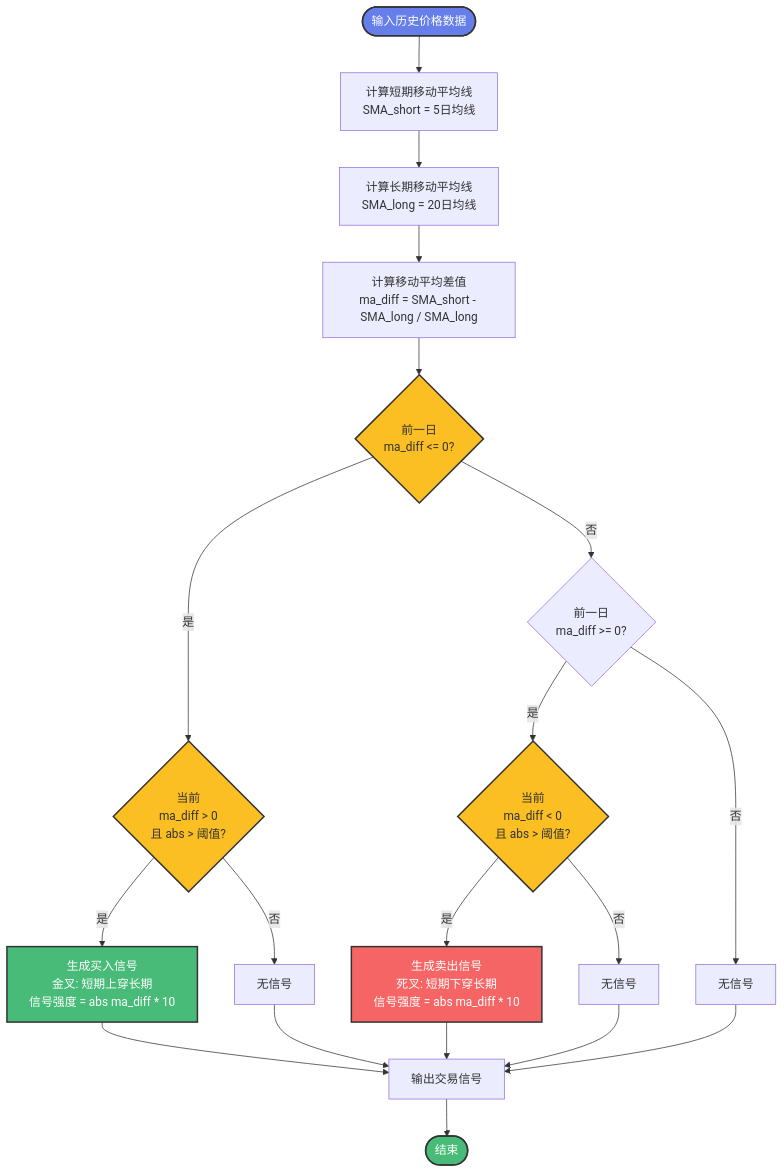
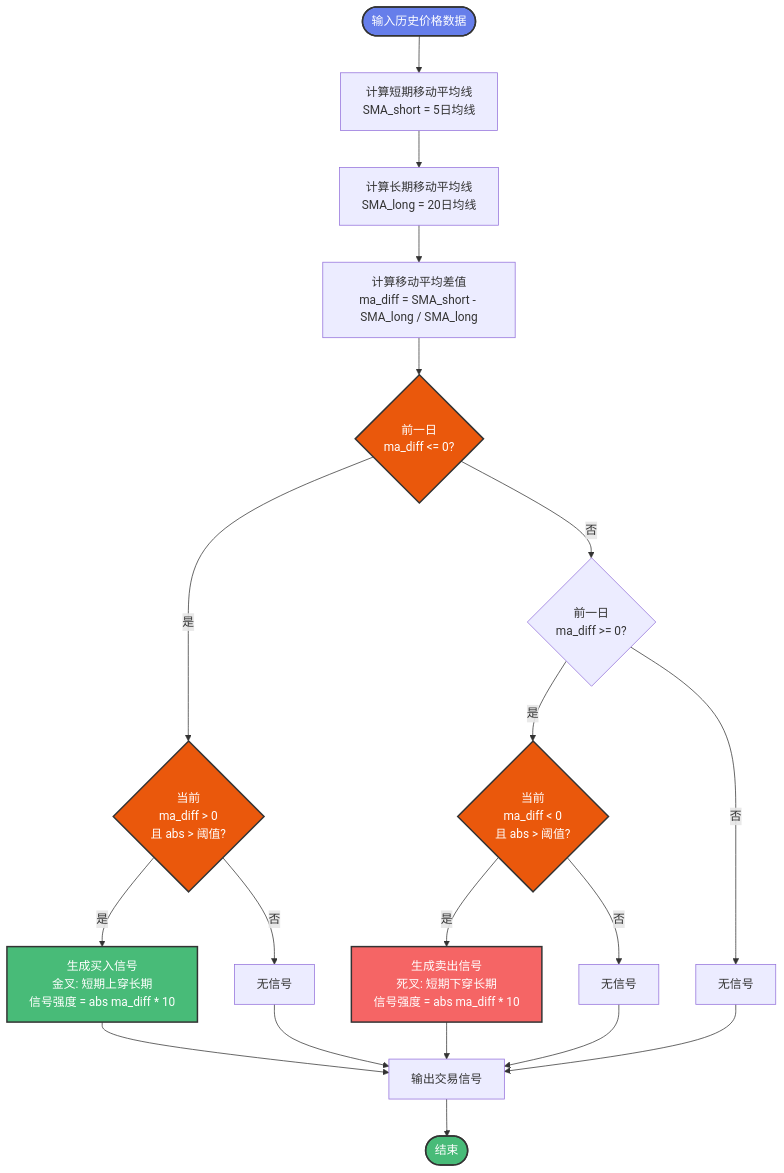
One commit to willrone/stock-platform changed the fourth of 19 diagrams in docs/presentation/回测平台流程图_Mermaid.md. Above: the diagram before and after it, drawn with Mermaid. The commit also changed other lines of this file and 3 other files, not shown here.

````diff
--- a/docs/presentation/回测平台流程图_Mermaid.md
+++ b/docs/presentation/回测平台流程图_Mermaid.md
@@ -133,38 +133,38 @@
 ```mermaid
 flowchart TD
     Start([输入历史价格数据]) --> CalcSMA_Short[计算短期移动平均线<br/>SMA_short = 5日均线]
     
     CalcSMA_Short --> CalcSMA_Long[计算长期移动平均线<br/>SMA_long = 20日均线]
     
     CalcSMA_Long --> CalcDiff[计算移动平均差值<br/>ma_diff = SMA_short - SMA_long / SMA_long]
     
     CalcDiff --> CheckPrev{前一日<br/>ma_diff <= 0?}
     
     CheckPrev -->|是| CheckCurr1{当前<br/>ma_diff > 0<br/>且 abs > 阈值?}
     CheckPrev -->|否| CheckPrev2{前一日<br/>ma_diff >= 0?}
     
     CheckCurr1 -->|是| BuySignal[生成买入信号<br/>金叉: 短期上穿长期<br/>信号强度 = abs ma_diff * 10]
     CheckCurr1 -->|否| NoSignal1[无信号]
     
     CheckPrev2 -->|是| CheckCurr2{当前<br/>ma_diff < 0<br/>且 abs > 阈值?}
     CheckPrev2 -->|否| NoSignal2[无信号]
     
     CheckCurr2 -->|是| SellSignal[生成卖出信号<br/>死叉: 短期下穿长期<br/>信号强度 = abs ma_diff * 10]
     CheckCurr2 -->|否| NoSignal3[无信号]
     
     BuySignal --> Output[输出交易信号]
     SellSignal --> Output
     NoSignal1 --> Output
     NoSignal2 --> Output
     NoSignal3 --> Output
     
     Output --> End([结束])
     
     style Start fill:#667eea,stroke:#333,stroke-width:2px,color:#fff
     style End fill:#48bb78,stroke:#333,stroke-width:2px,color:#fff
     style BuySignal fill:#48bb78,stroke:#333,stroke-width:2px,color:#fff
     style SellSignal fill:#f56565,stroke:#333,stroke-width:2px,color:#fff
-    style CheckPrev fill:#fbbf24,stroke:#333,stroke-width:2px
-    style CheckCurr1 fill:#fbbf24,stroke:#333,stroke-width:2px
-    style CheckCurr2 fill:#fbbf24,stroke:#333,stroke-width:2px
+    style CheckPrev fill:#ea580c,stroke:#333,stroke-width:2px,color:#fff
+    style CheckCurr1 fill:#ea580c,stroke:#333,stroke-width:2px,color:#fff
+    style CheckCurr2 fill:#ea580c,stroke:#333,stroke-width:2px,color:#fff
 ```
````
